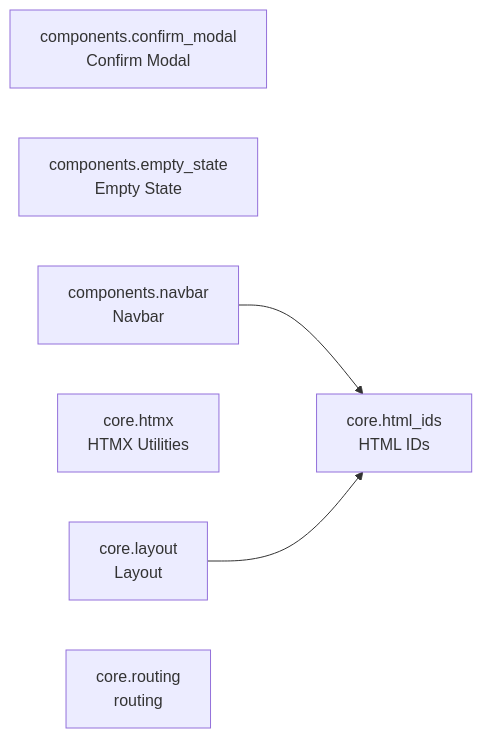
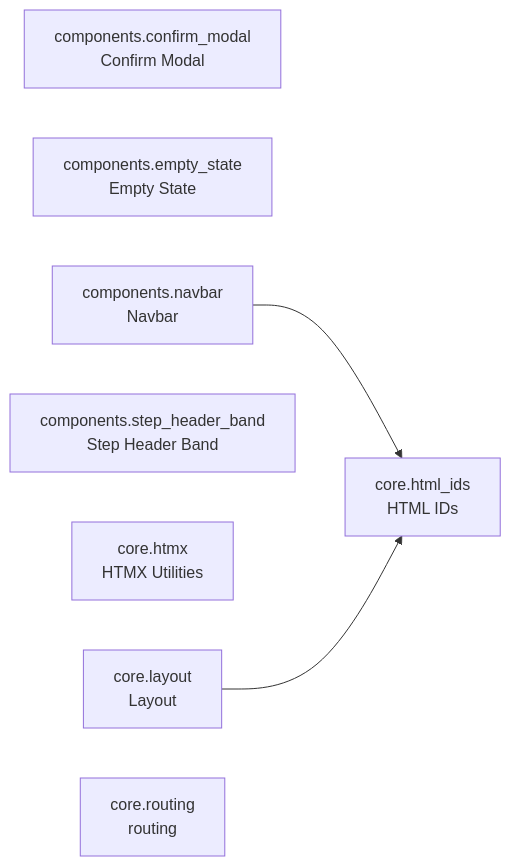
The diagram in README.md (cj-mills/cjm-fasthtml-app-core), drawn with Mermaid before and after one commit. The commit also changed other lines of this file and 6 other files, not shown here.

Commit message:
Codify V2 step header band FT helper (render_step_header_band) per the V12 convention/implementation split, with demo route demonstrating LG5 responsive compression at the M2/M3 boundary.

````diff
--- a/README.md
+++ b/README.md
@@ -29,13 +30,14 @@
 ``` mermaid
 graph LR
     components_confirm_modal[components.confirm_modal<br/>Confirm Modal]
     components_empty_state[components.empty_state<br/>Empty State]
     components_navbar[components.navbar<br/>Navbar]
+    components_step_header_band[components.step_header_band<br/>Step Header Band]
     core_html_ids[core.html_ids<br/>HTML IDs]
     core_htmx[core.htmx<br/>HTMX Utilities]
     core_layout[core.layout<br/>Layout]
     core_routing[core.routing<br/>routing]
 
     components_navbar --> core_html_ids
     core_layout --> core_html_ids
 ```
````
